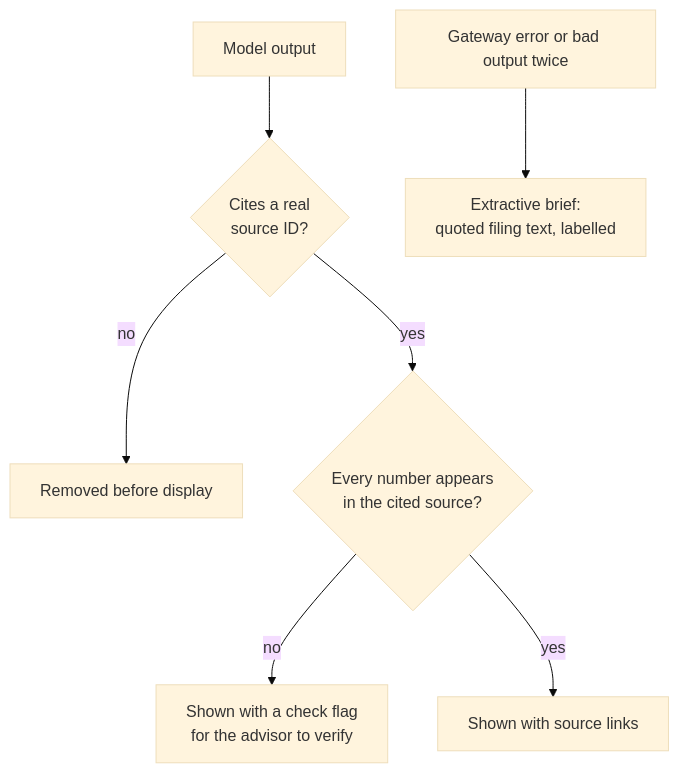
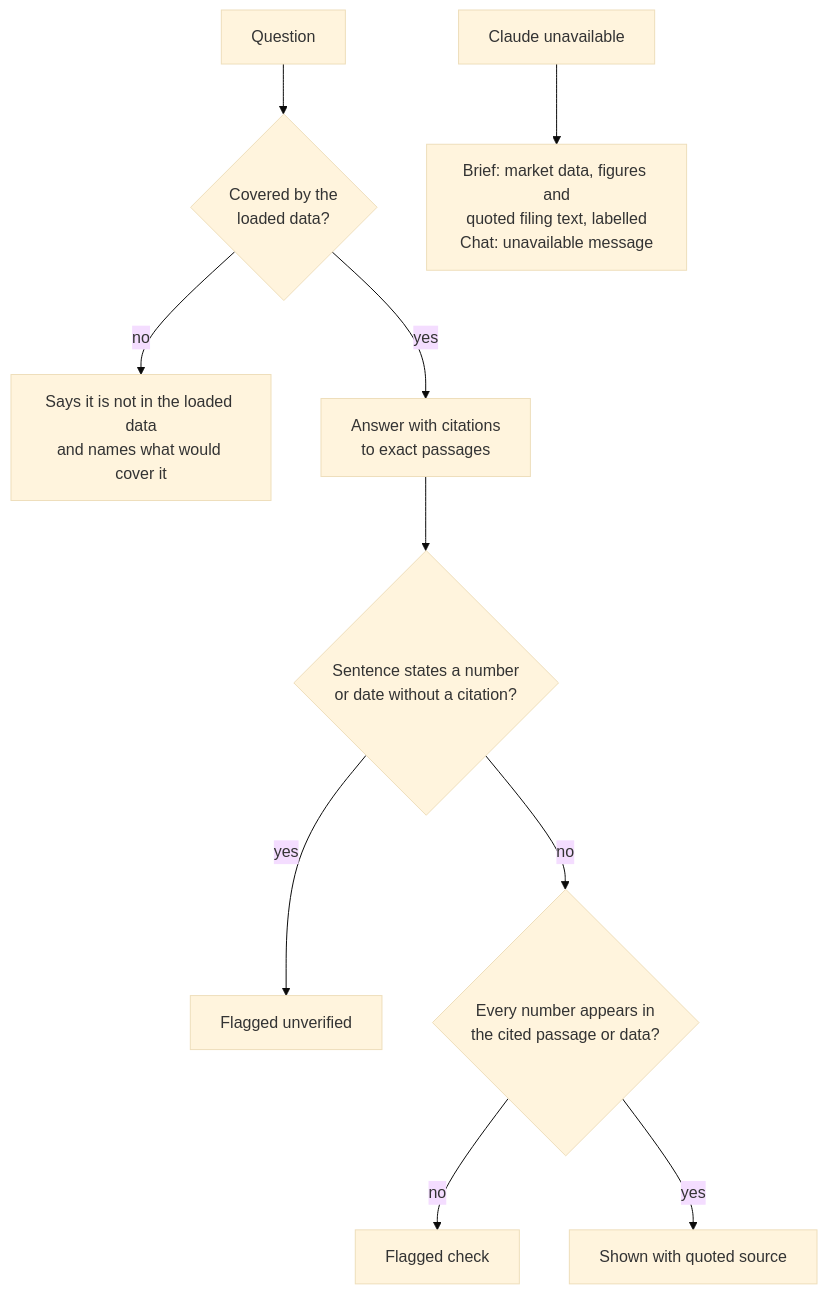
One commit to AaronNHorvitz/TickerAgent changed the fourth of 5 diagrams in docs/ARCHITECTURE.md. Above: the diagram before and after it, drawn with Mermaid (base theme). The commit also changed other lines of this file and 4 other files, not shown here.

First line of the commit message:
Plan Nasdaq data, Claude API chat and Lightsail deploy

````diff
--- a/docs/ARCHITECTURE.md
+++ b/docs/ARCHITECTURE.md
@@ -114,9 +125,12 @@
 ```mermaid
 flowchart TD
-    out["Model output"] --> cited{"Cites a real<br/>source ID?"}
-    cited -- no --> drop["Removed before display"]
-    cited -- yes --> nums{"Every number appears<br/>in the cited source?"}
-    nums -- no --> flag["Shown with a check flag<br/>for the advisor to verify"]
-    nums -- yes --> show["Shown with source links"]
-    fail["Gateway error or bad output twice"] --> extract["Extractive brief:<br/>quoted filing text, labelled"]
+    q["Question"] --> covered{"Covered by the<br/>loaded data?"}
+    covered -- no --> abstain["Says it is not in the loaded data<br/>and names what would cover it"]
+    covered -- yes --> answer["Answer with citations<br/>to exact passages"]
+    answer --> cited{"Sentence states a number<br/>or date without a citation?"}
+    cited -- yes --> unverified["Flagged unverified"]
+    cited -- no --> nums{"Every number appears in<br/>the cited passage or data?"}
+    nums -- no --> check["Flagged check"]
+    nums -- yes --> show["Shown with quoted source"]
+    fail["Claude unavailable"] --> extract["Brief: market data, figures and<br/>quoted filing text, labelled<br/>Chat: unavailable message"]
 ```
````
